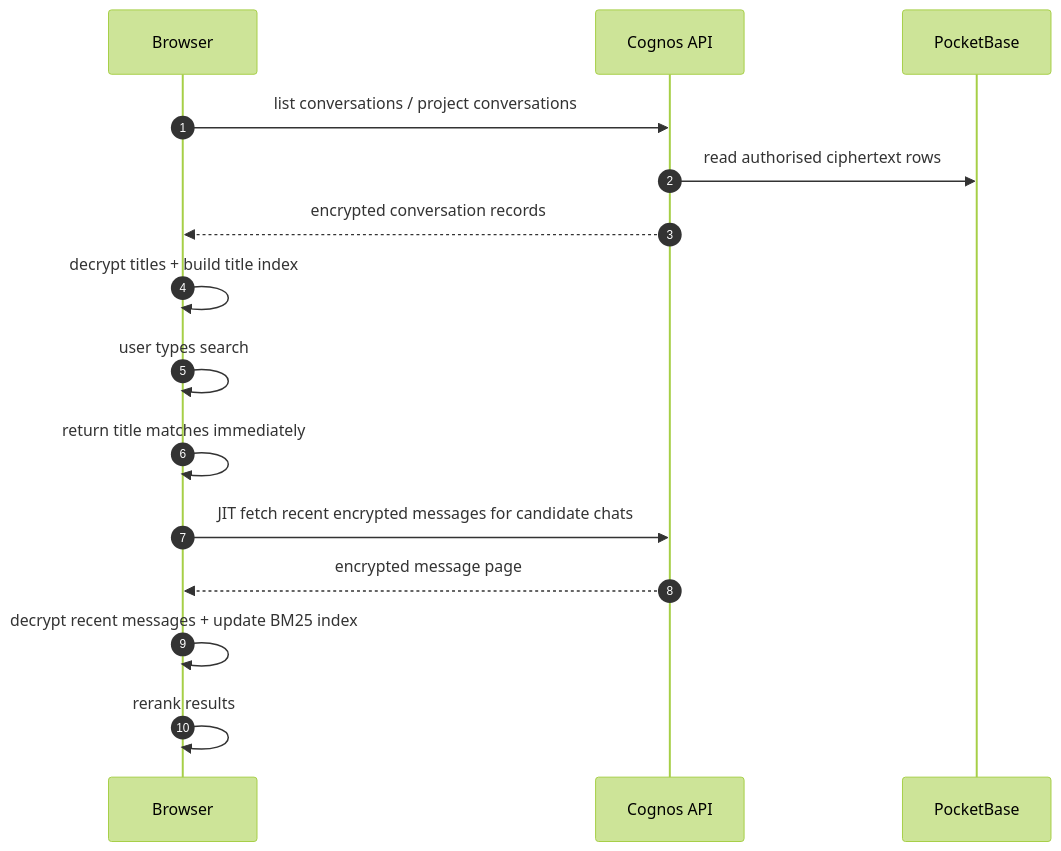
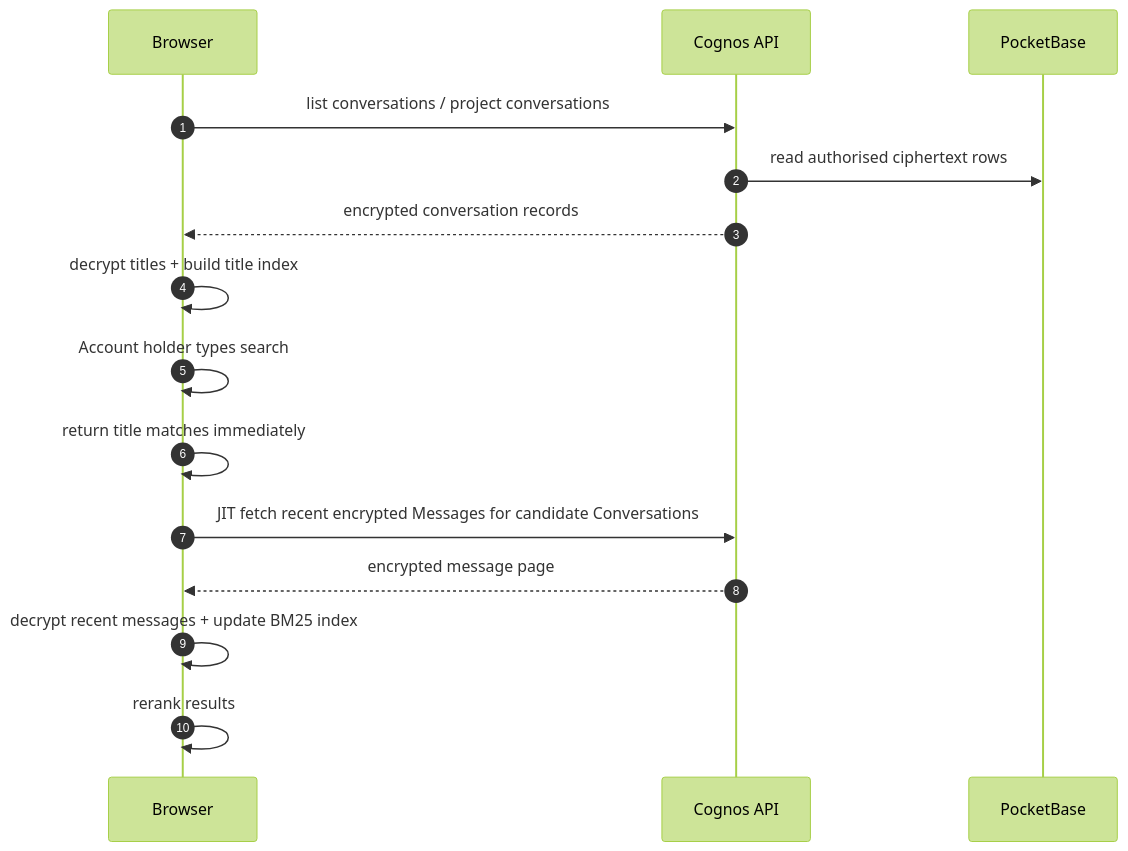
The diagram in docs/business_processes/conversation-search-index.md (cognos-io/chat.cognos.io), drawn with Mermaid (forest theme) before and after one commit. The commit also changed other lines of this file and 67 other files, not shown here.

````diff
--- a/docs/business_processes/conversation-search-index.md
+++ b/docs/business_processes/conversation-search-index.md
@@ -14,18 +14,18 @@
 ```mermaid
 sequenceDiagram
   autonumber
   participant FE as Browser
   participant API as Cognos API
   participant DB as PocketBase
 
   FE->>API: list conversations / project conversations
   API->>DB: read authorised ciphertext rows
   API-->>FE: encrypted conversation records
   FE->>FE: decrypt titles + build title index
-  FE->>FE: user types search
+  FE->>FE: Account holder types search
   FE->>FE: return title matches immediately
-  FE->>API: JIT fetch recent encrypted messages for candidate chats
+  FE->>API: JIT fetch recent encrypted Messages for candidate Conversations
   API-->>FE: encrypted message page
   FE->>FE: decrypt recent messages + update BM25 index
   FE->>FE: rerank results
 ```
````
